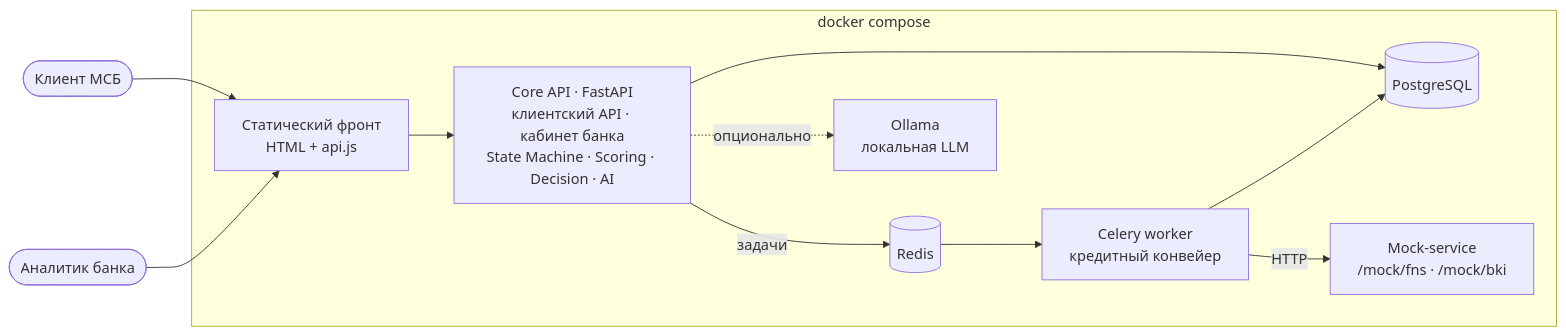
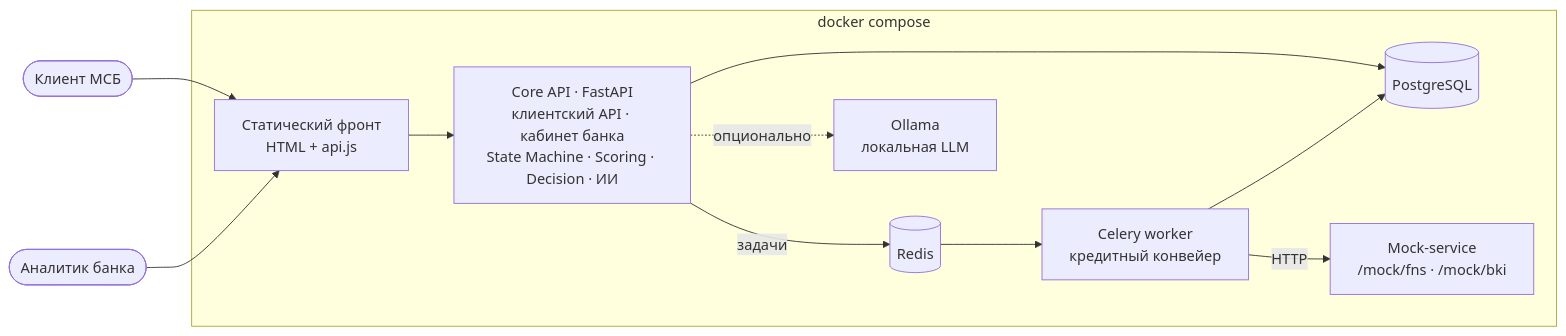
One commit to MinervaGalo/credin_cabinet_client changed the diagram in docs/containers.mmd. Above: the diagram before and after it, drawn with Mermaid. The commit also changed 8 other files, not shown here.

```diff
--- a/docs/containers.mmd
+++ b/docs/containers.mmd
@@ -1,12 +1,12 @@
 flowchart LR
     client([Клиент МСБ]) --> front
     analyst([Аналитик банка]) --> front
     subgraph docker[docker compose]
         front[Статический фронт<br/>HTML + api.js] --> core
-        core[Core API · FastAPI<br/>клиентский API · кабинет банка<br/>State Machine · Scoring · Decision · AI] --> db[(PostgreSQL)]
+        core[Core API · FastAPI<br/>клиентский API · кабинет банка<br/>State Machine · Scoring · Decision · ИИ] --> db[(PostgreSQL)]
         core -- задачи --> redis[(Redis)]
         redis --> worker[Celery worker<br/>кредитный конвейер]
         worker --> db
         worker -- HTTP --> mock[Mock-service<br/>/mock/fns · /mock/bki]
         core -. опционально .-> ollama[Ollama<br/>локальная LLM]
     end
```
